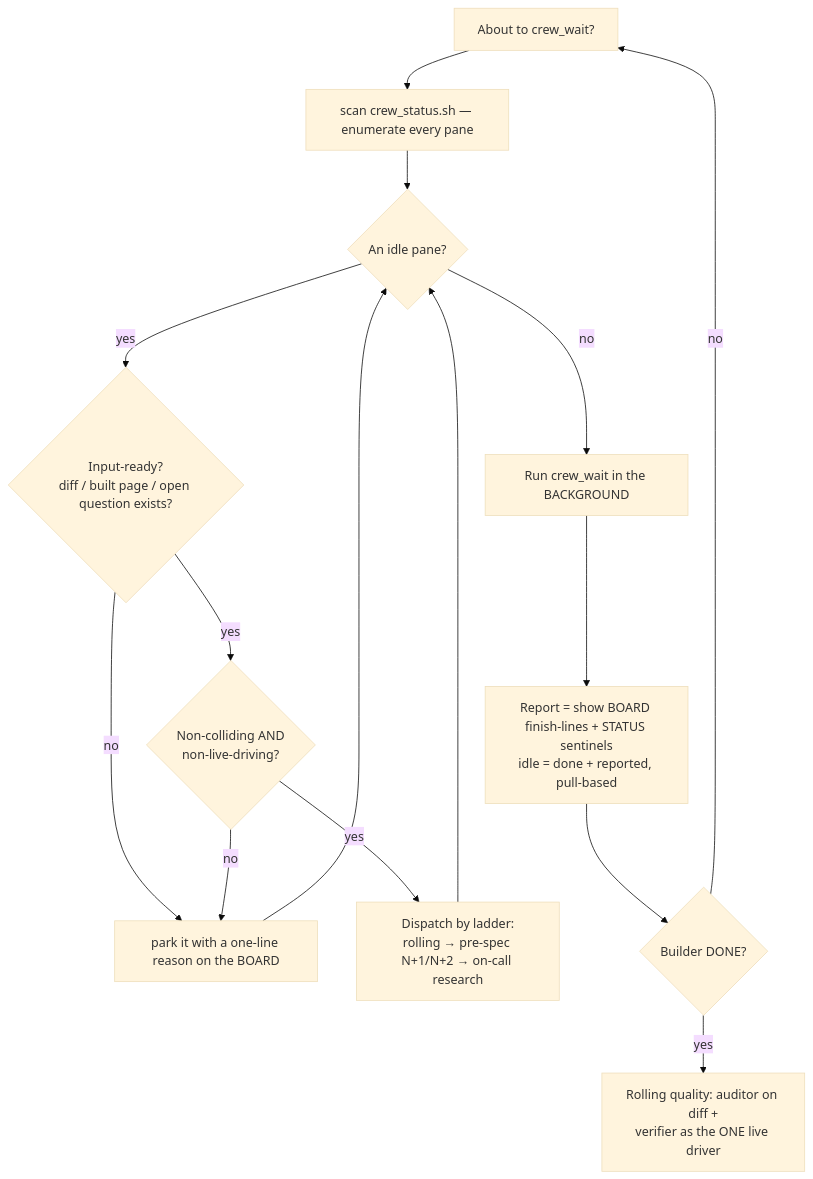
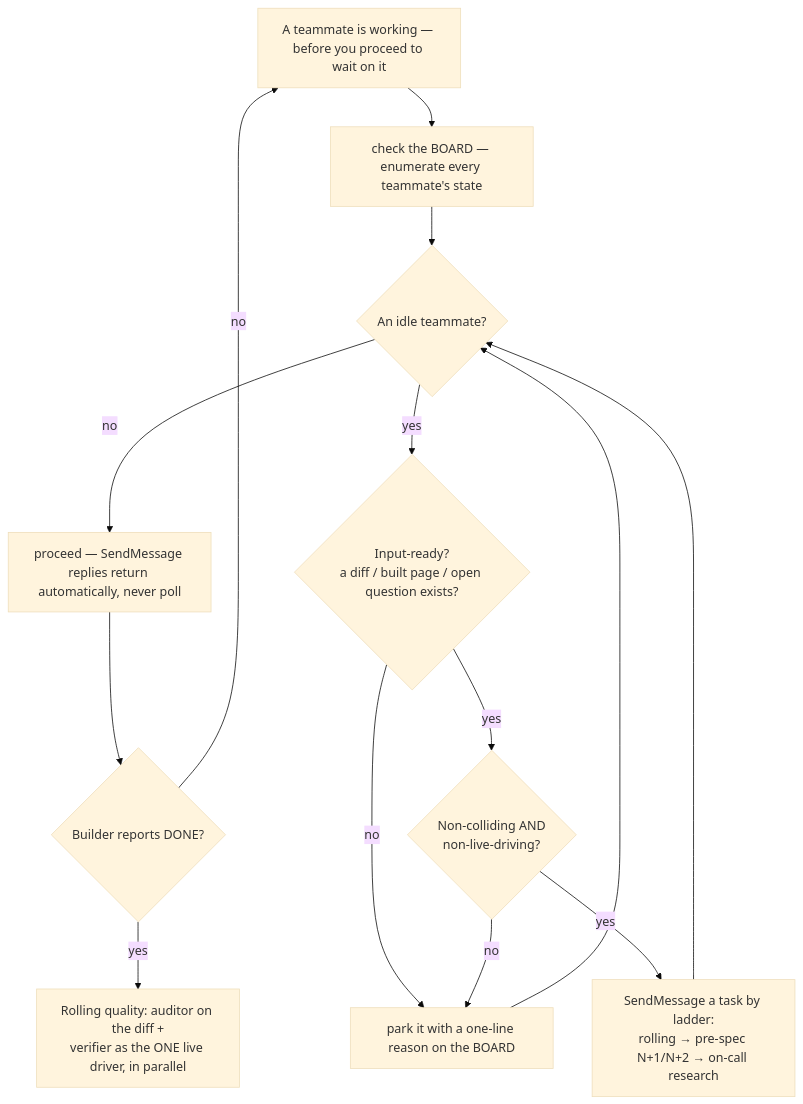
The first of 4 diagrams in docs/crew-workflow-guardrails.md (HenriGeorge/AutoCue), drawn with Mermaid (base theme) before and after one commit. The commit also changed other lines of this file and 2 other files, not shown here.

````diff
--- a/docs/crew-workflow-guardrails.md
+++ b/docs/crew-workflow-guardrails.md
@@ -36,17 +41,16 @@
 ```mermaid
 flowchart TD
-  W[About to crew_wait?] --> SCAN[scan crew_status.sh — enumerate every pane]
-  SCAN --> S{An idle pane?}
-  S -->|no| WAIT[Run crew_wait in the BACKGROUND]
-  S -->|yes| T1{Input-ready?<br/>diff / built page / open question exists?}
+  W[A teammate is working — before you proceed to wait on it] --> SCAN[check the BOARD — enumerate every teammate's state]
+  SCAN --> S{An idle teammate?}
+  S -->|no| GO[proceed — SendMessage replies return automatically, never poll]
+  S -->|yes| T1{Input-ready?<br/>a diff / built page / open question exists?}
   T1 -->|no| HOLD[park it with a one-line reason on the BOARD]
   T1 -->|yes| T2{Non-colliding AND<br/>non-live-driving?}
   T2 -->|no| HOLD
-  T2 -->|yes| LAD[Dispatch by ladder:<br/>rolling → pre-spec N+1/N+2 → on-call research]
+  T2 -->|yes| LAD[SendMessage a task by ladder:<br/>rolling → pre-spec N+1/N+2 → on-call research]
   HOLD --> S
   LAD --> S
-  WAIT --> RPT[Report = show BOARD finish-lines + STATUS sentinels<br/>idle = done + reported, pull-based]
-  RPT --> DN{Builder DONE?}
+  GO --> DN{Builder reports DONE?}
   DN -->|no| W
-  DN -->|yes| ROLL[Rolling quality: auditor on diff +<br/>verifier as the ONE live driver]
+  DN -->|yes| ROLL[Rolling quality: auditor on the diff +<br/>verifier as the ONE live driver, in parallel]
 ```
````
